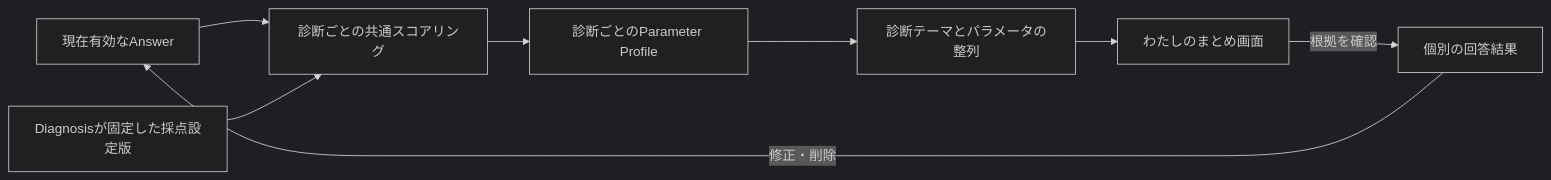
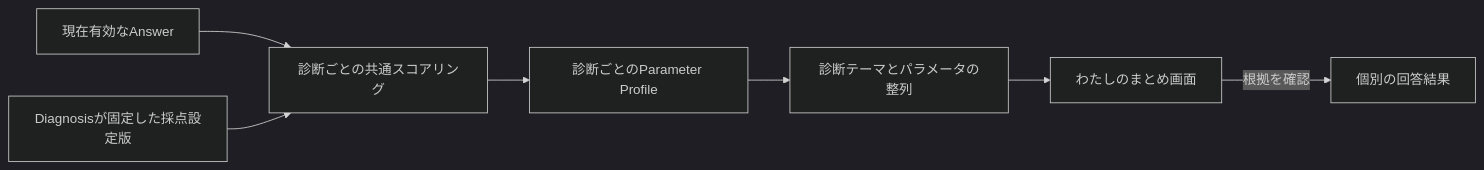
The second of 3 diagrams in docs/product/profile-summary-experience.md (kkyosuke/me-builder), drawn with Mermaid (dark theme) before and after one commit. The commit also changed other lines of this file and 57 other files, not shown here.

````diff
--- a/docs/product/profile-summary-experience.md
+++ b/docs/product/profile-summary-experience.md
@@ -193,10 +190,9 @@
 ```mermaid
 flowchart LR
     A[現在有効なAnswer] --> S[診断ごとの共通スコアリング]
     C[Diagnosisが固定した採点設定版] --> S
     S --> P[診断ごとのParameter Profile]
     P --> V[診断テーマとパラメータの整列]
     V --> U[わたしのまとめ画面]
     U -->|根拠を確認| R[個別の回答結果]
-    R -->|修正・削除| A
 ```
````
